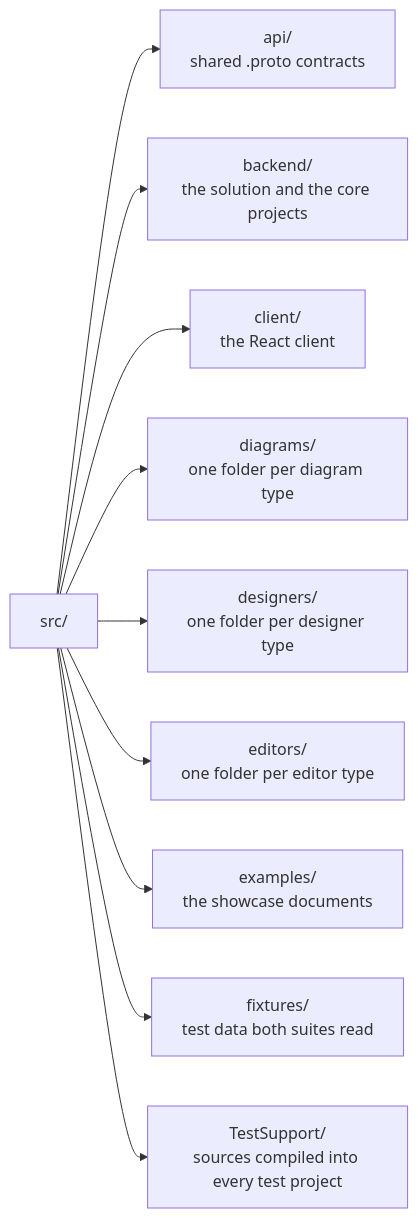
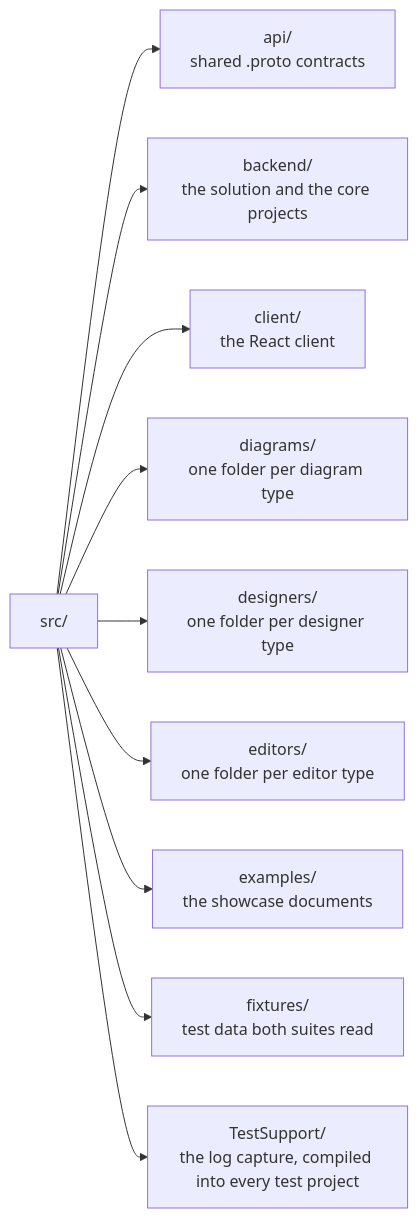
One commit to etalii-adp/etalii.adp.ide.standalone changed the diagram in docs/solution-structure.md. Above: the diagram before and after it, drawn with Mermaid. The commit also changed other lines of this file and 42 other files, not shown here.

First line of the commit message:
Shared test helpers in EtAlii.Adp.TestSupport (spec 025, T012 to T015)

````diff
--- a/docs/solution-structure.md
+++ b/docs/solution-structure.md
@@ -7,13 +7,13 @@
 ```mermaid
 flowchart LR
     src["src/"]
     src --> api["api/<br/>shared .proto contracts"]
     src --> backend["backend/<br/>the solution and the core projects"]
     src --> client["client/<br/>the React client"]
     src --> diagrams["diagrams/<br/>one folder per diagram type"]
     src --> designers["designers/<br/>one folder per designer type"]
     src --> editors["editors/<br/>one folder per editor type"]
     src --> examples["examples/<br/>the showcase documents"]
     src --> fixtures["fixtures/<br/>test data both suites read"]
-    src --> testsupport["TestSupport/<br/>sources compiled into every test project"]
+    src --> testsupport["TestSupport/<br/>the log capture, compiled into every test project"]
 ```
````
